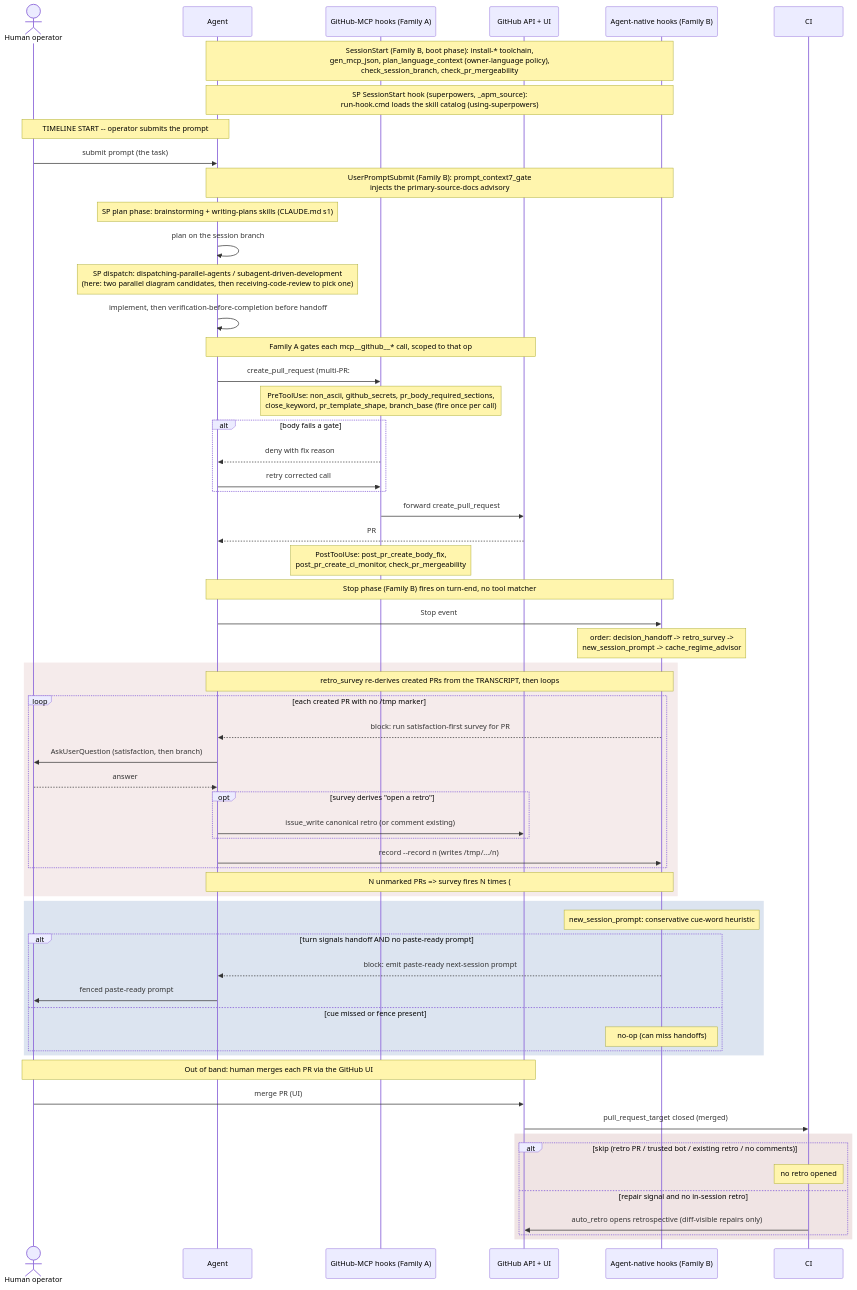
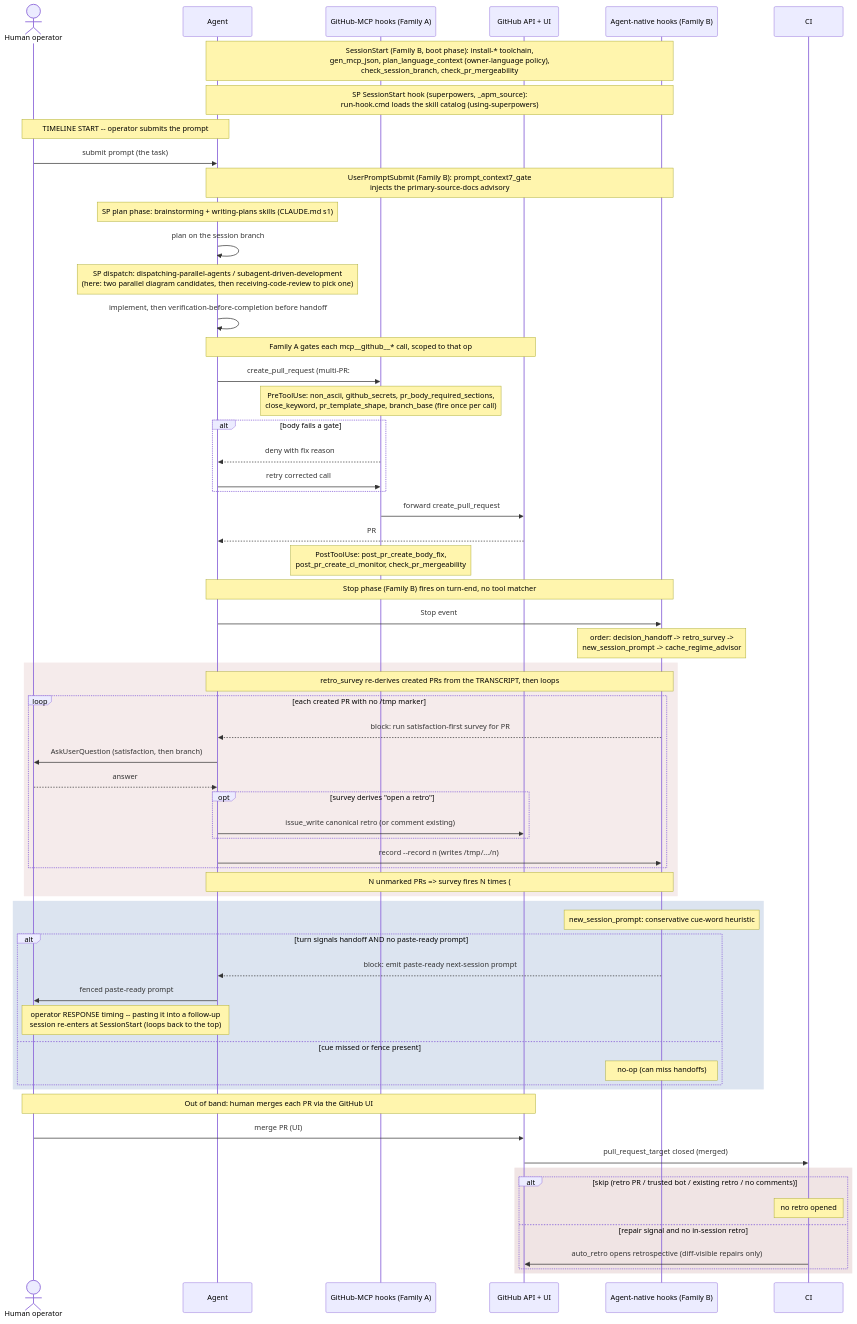
One commit to tvna/claude-md changed the diagram in docs/uml/survey-followup-timing.sequence.md. Above: the diagram before and after it, drawn with Mermaid. The commit also changed other lines of this file and 1 other file, not shown here.

First line of the commit message:
docs(uml): depict the follow-up prompt RESPONSE timing, closing the loop (#1594)

````diff
--- a/docs/uml/survey-followup-timing.sequence.md
+++ b/docs/uml/survey-followup-timing.sequence.md
@@ -73,69 +73,70 @@
 ```mermaid
 sequenceDiagram
     actor Human as Human operator
     participant Agent
     participant MGate as GitHub-MCP hooks (Family A)
     participant GH as GitHub API + UI
     participant Stop as Agent-native hooks (Family B)
     participant CI
 
     Note over Agent,Stop: SessionStart (Family B, boot phase): install-* toolchain,<br/>gen_mcp_json, plan_language_context (owner-language policy),<br/>check_session_branch, check_pr_mergeability
     Note over Agent,Stop: SP SessionStart hook (superpowers, _apm_source):<br/>run-hook.cmd loads the skill catalog (using-superpowers)
     Note over Human,Agent: TIMELINE START -- operator submits the prompt
     Human->>Agent: submit prompt (the task)
     Note over Agent,Stop: UserPromptSubmit (Family B): prompt_context7_gate<br/>injects the primary-source-docs advisory
     Note over Agent: SP plan phase: brainstorming + writing-plans skills (CLAUDE.md s1)
     Agent->>Agent: plan on the session branch
     Note over Agent: SP dispatch: dispatching-parallel-agents / subagent-driven-development<br/>(here: two parallel diagram candidates, then receiving-code-review to pick one)
     Agent->>Agent: implement, then verification-before-completion before handoff
 
     Note over Agent,GH: Family A gates each mcp__github__* call, scoped to that op
     Agent->>MGate: create_pull_request (multi-PR: #1582 / #1584 / #1589)
     Note over MGate: PreToolUse: non_ascii, github_secrets, pr_body_required_sections,<br/>close_keyword, pr_template_shape, branch_base (fire once per call)
     alt body fails a gate
         MGate-->>Agent: deny with fix reason
         Agent->>MGate: retry corrected call
     end
     MGate->>GH: forward create_pull_request
     GH-->>Agent: PR #n created (/pull/n)
     Note over MGate: PostToolUse: post_pr_create_body_fix,<br/>post_pr_create_ci_monitor, check_pr_mergeability
 
     Note over Agent,Stop: Stop phase (Family B) fires on turn-end, no tool matcher
     Agent->>Stop: Stop event
     Note over Stop: order: decision_handoff -> retro_survey -><br/>new_session_prompt -> cache_regime_advisor
 
     rect rgb(245,235,235)
     Note over Stop,Agent: retro_survey re-derives created PRs from the TRANSCRIPT, then loops
     loop each created PR with no /tmp marker
         Stop-->>Agent: block: run satisfaction-first survey for PR #n
         Agent->>Human: AskUserQuestion (satisfaction, then branch)
         Human-->>Agent: answer
         opt survey derives "open a retro"
             Agent->>GH: issue_write canonical retro (or comment existing)
         end
         Agent->>Stop: record --record n (writes /tmp/.../n)
     end
     Note over Stop,Agent: N unmarked PRs => survey fires N times (#1594)
     end
 
     rect rgb(220,228,240)
     Note over Stop: new_session_prompt: conservative cue-word heuristic
     alt turn signals handoff AND no paste-ready prompt
         Stop-->>Agent: block: emit paste-ready next-session prompt
         Agent->>Human: fenced paste-ready prompt
+        Note over Human,Agent: operator RESPONSE timing -- pasting it into a follow-up<br/>session re-enters at SessionStart (loops back to the top)
     else cue missed or fence present
         Note over Stop: no-op (can miss handoffs)
     end
     end
 
     Note over Human,GH: Out of band: human merges each PR via the GitHub UI
     Human->>GH: merge PR (UI)
     GH->>CI: pull_request_target closed (merged)
     rect rgb(240,228,228)
     alt skip (retro PR / trusted bot / existing retro / no comments)
         Note over CI: no retro opened
     else repair signal and no in-session retro
         CI->>GH: auto_retro opens retrospective (diff-visible repairs only)
     end
     end
 ```
````
